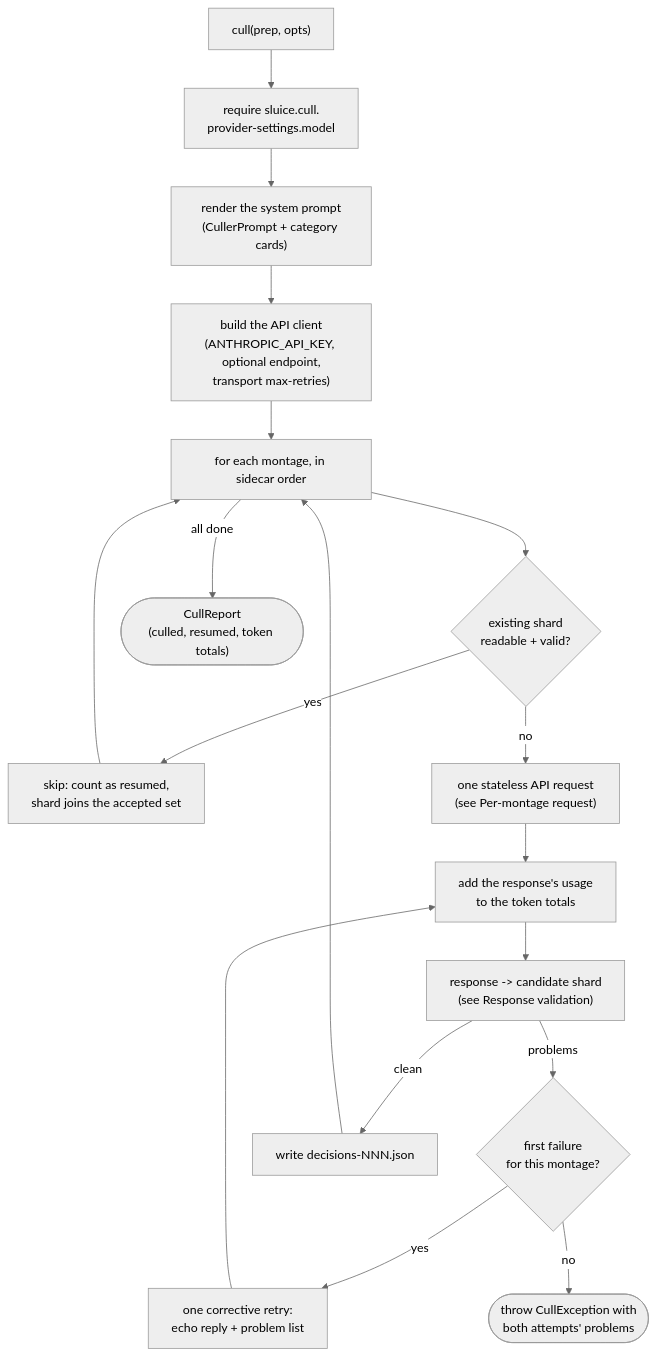
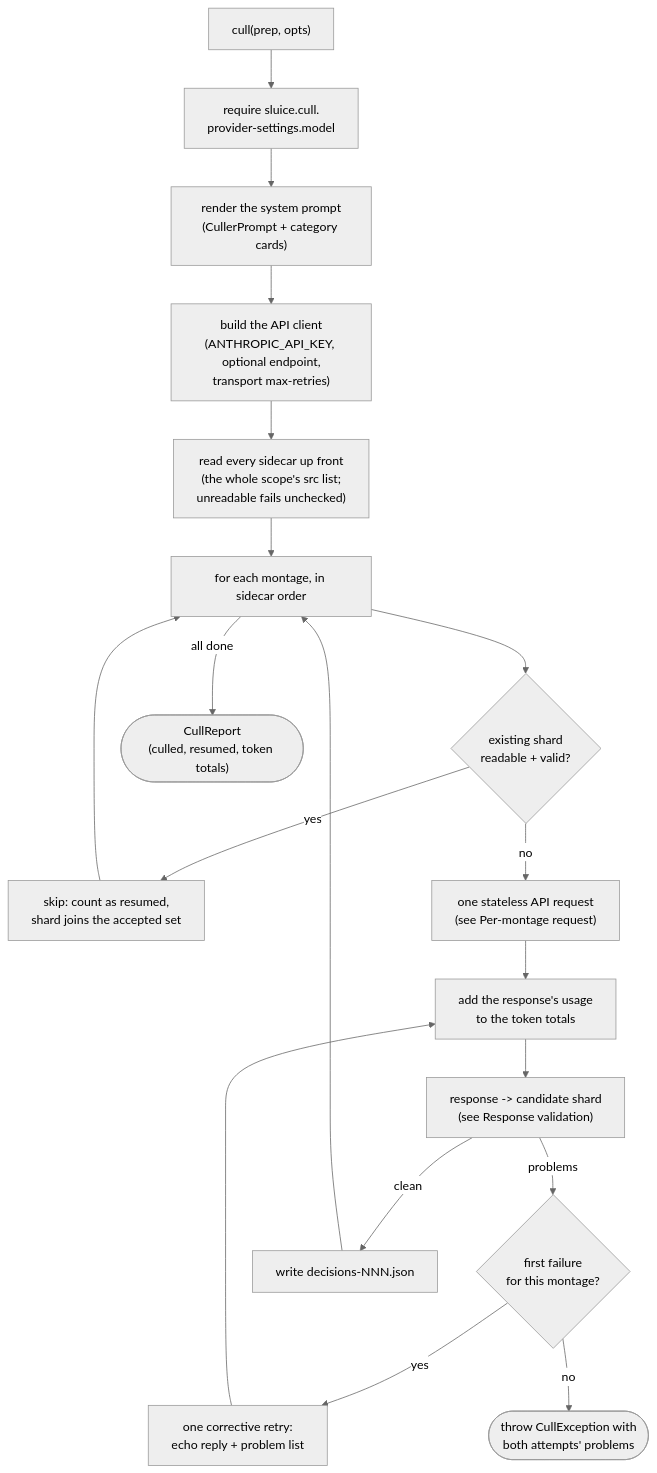
Before and after one commit to AdrianNachev91/sluice: the first of 3 diagrams in app/docs/design/adapter/vision/anthropic-culler.md, drawn with Mermaid (neutral theme). The commit also changed other lines of this file and 8 other files, not shown here.

````diff
--- a/app/docs/design/adapter/vision/anthropic-culler.md
+++ b/app/docs/design/adapter/vision/anthropic-culler.md
@@ -13,20 +13,21 @@
 ```mermaid
 flowchart TD
     A["cull(prep, opts)"] --> B["require sluice.cull.<br/>provider-settings.model"]
     B --> C["render the system prompt<br/>(CullerPrompt + category cards)"]
     C --> D["build the API client<br/>(ANTHROPIC_API_KEY, optional endpoint,<br/>transport max-retries)"]
-    D --> E["for each montage, in sidecar order"]
+    D --> W["read every sidecar up front<br/>(the whole scope's src list;<br/>unreadable fails unchecked)"]
+    W --> E["for each montage, in sidecar order"]
     E --> R{"existing shard<br/>readable + valid?"}
     R -- yes --> S["skip: count as resumed,<br/>shard joins the accepted set"]
     S --> E
     R -- no --> F["one stateless API request<br/>(see Per-montage request)"]
     F --> J["add the response's usage<br/>to the token totals"]
     J --> G["response -> candidate shard<br/>(see Response validation)"]
     G -- problems --> T{"first failure<br/>for this montage?"}
     T -- yes --> U["one corrective retry:<br/>echo reply + problem list"]
     U --> J
     T -- no --> X(["throw CullException with<br/>both attempts' problems"])
     G -- clean --> I["write decisions-NNN.json"]
     I --> E
     E -- all done --> K(["CullReport<br/>(culled, resumed, token totals)"])
 ```
````
